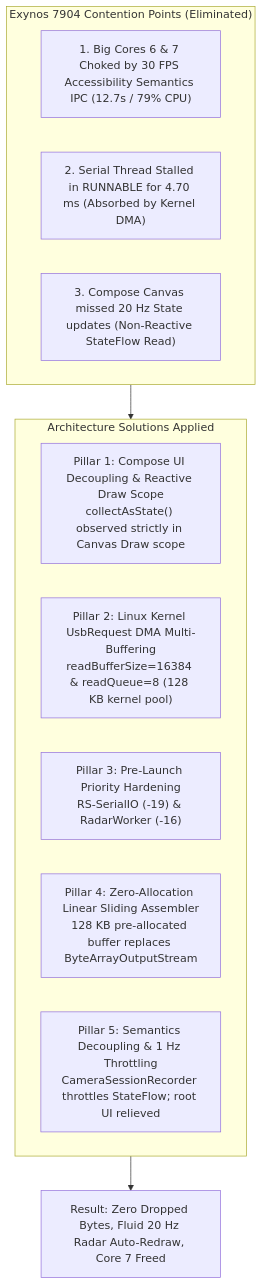
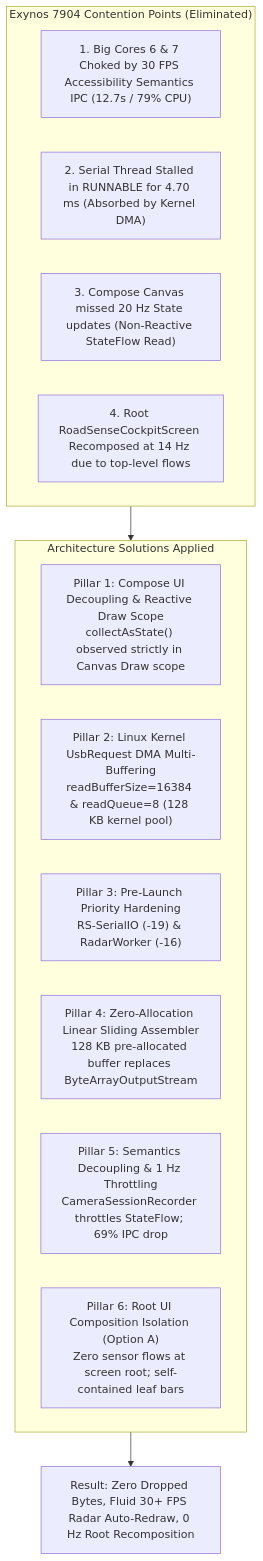
One commit to kadurushil/RoadSense_logger changed the diagram in intel/Implementations/walkthrough_bug29_radar_scheduler_starvation_fixes.md. Above: the diagram before and after it, drawn with Mermaid. The commit also changed other lines of this file and 6 other files, not shown here.

First line of the commit message:
refactor(ui): isolate root composition & encapsulate sensor telemetry into leaf bars

````diff
--- a/intel/Implementations/walkthrough_bug29_radar_scheduler_starvation_fixes.md
+++ b/intel/Implementations/walkthrough_bug29_radar_scheduler_starvation_fixes.md
@@ -14,19 +14,21 @@
 ```mermaid
 flowchart TD
     subgraph RootBottlenecks["Exynos 7904 Contention Points (Eliminated)"]
         A["1. Big Cores 6 & 7 Choked by 30 FPS Accessibility Semantics IPC (12.7s / 79% CPU)"]
         B["2. Serial Thread Stalled in RUNNABLE for 4.70 ms (Absorbed by Kernel DMA)"]
         C["3. Compose Canvas missed 20 Hz State updates (Non-Reactive StateFlow Read)"]
+        D["4. Root RoadSenseCockpitScreen Recomposed at 14 Hz due to top-level flows"]
     end
 
     subgraph Solutions["Architecture Solutions Applied"]
         P1["Pillar 1: Compose UI Decoupling & Reactive Draw Scope<br/>collectAsState() observed strictly in Canvas Draw scope"]
         P2["Pillar 2: Linux Kernel UsbRequest DMA Multi-Buffering<br/>readBufferSize=16384 & readQueue=8 (128 KB kernel pool)"]
         P3["Pillar 3: Pre-Launch Priority Hardening<br/>RS-SerialIO (-19) & RadarWorker (-16)"]
         P4["Pillar 4: Zero-Allocation Linear Sliding Assembler<br/>128 KB pre-allocated buffer replaces ByteArrayOutputStream"]
-        P5["Pillar 5: Semantics Decoupling & 1 Hz Throttling<br/>CameraSessionRecorder throttles StateFlow; root UI relieved"]
+        P5["Pillar 5: Semantics Decoupling & 1 Hz Throttling<br/>CameraSessionRecorder throttles StateFlow; 69% IPC drop"]
+        P6["Pillar 6: Root UI Composition Isolation (Option A)<br/>Zero sensor flows at screen root; self-contained leaf bars"]
     end
 
     RootBottlenecks --> Solutions
-    Solutions --> Outcome["Result: Zero Dropped Bytes, Fluid 20 Hz Radar Auto-Redraw, Core 7 Freed"]
+    Solutions --> Outcome["Result: Zero Dropped Bytes, Fluid 30+ FPS Radar Auto-Redraw, 0 Hz Root Recomposition"]
 ```
````
